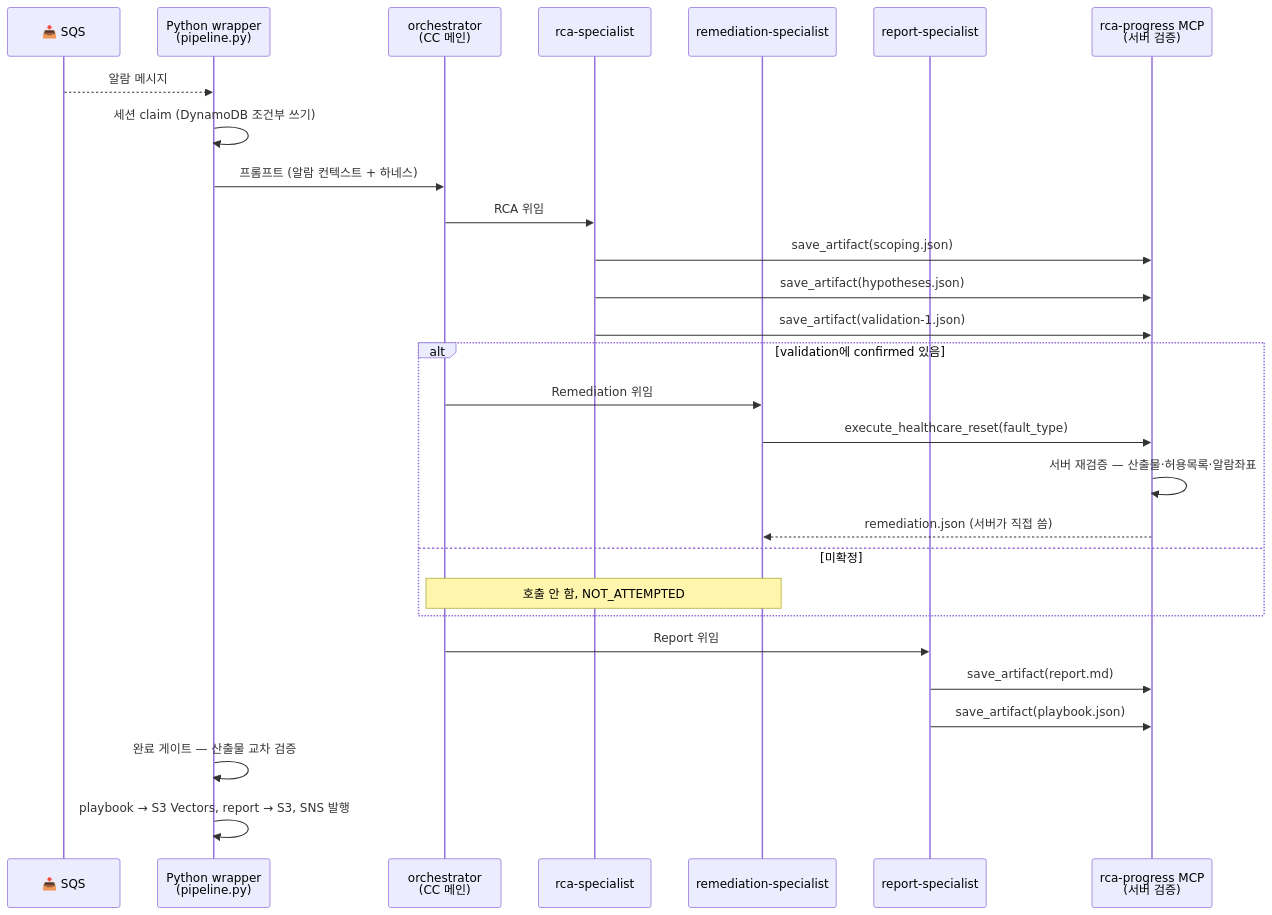
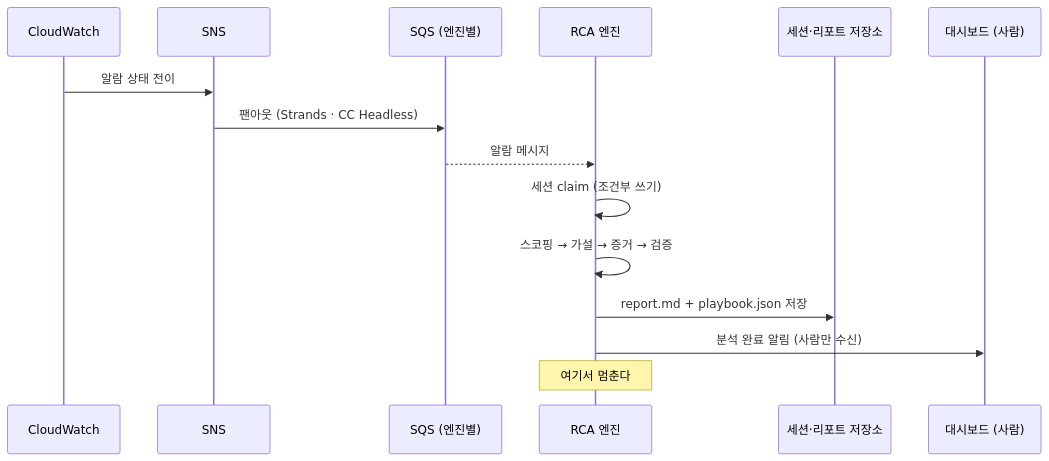
One commit to haandol/rca-agent changed the second of 4 diagrams in docs/rca-to-remediation-flow.md. Above: the diagram before and after it, drawn with Mermaid. The commit also changed other lines of this file and 7 other files, not shown here.

````diff
--- a/docs/rca-to-remediation-flow.md
+++ b/docs/rca-to-remediation-flow.md
@@ -68,35 +65,18 @@
 ```mermaid
 sequenceDiagram
-    participant SQS as 📥 SQS
-    participant W as Python wrapper<br/>(pipeline.py)
-    participant O as orchestrator<br/>(CC 메인)
-    participant R as rca-specialist
-    participant M as remediation-specialist
-    participant P as report-specialist
-    participant MCP as rca-progress MCP<br/>(서버 검증)
+    participant CW as CloudWatch
+    participant SNS as SNS
+    participant SQS as SQS (엔진별)
+    participant ENG as RCA 엔진
+    participant ST as 세션·리포트 저장소
+    participant U as 대시보드 (사람)
 
-    SQS-->>W: 알람 메시지
-    W->>W: 세션 claim (DynamoDB 조건부 쓰기)
-    W->>O: 프롬프트 (알람 컨텍스트 + 하네스)
-
-    O->>R: RCA 위임
-    R->>MCP: save_artifact(scoping.json)
-    R->>MCP: save_artifact(hypotheses.json)
-    R->>MCP: save_artifact(validation-1.json)
-
-    alt validation에 confirmed 있음
-        O->>M: Remediation 위임
-        M->>MCP: execute_healthcare_reset(fault_type)
-        MCP->>MCP: 서버 재검증 — 산출물·허용목록·알람좌표
-        MCP-->>M: remediation.json (서버가 직접 씀)
-    else 미확정
-        Note over O,M: 호출 안 함, NOT_ATTEMPTED
-    end
-
-    O->>P: Report 위임
-    P->>MCP: save_artifact(report.md)
-    P->>MCP: save_artifact(playbook.json)
-
-    W->>W: 완료 게이트 — 산출물 교차 검증
-    W->>W: playbook → S3 Vectors, report → S3, SNS 발행
+    CW->>SNS: 알람 상태 전이
+    SNS->>SQS: 팬아웃 (Strands · CC Headless)
+    SQS-->>ENG: 알람 메시지
+    ENG->>ENG: 세션 claim (조건부 쓰기)
+    ENG->>ENG: 스코핑 → 가설 → 증거 → 검증
+    ENG->>ST: report.md + playbook.json 저장
+    ENG->>U: 분석 완료 알림 (사람만 수신)
+    Note over ENG: 여기서 멈춘다
 ```
````
